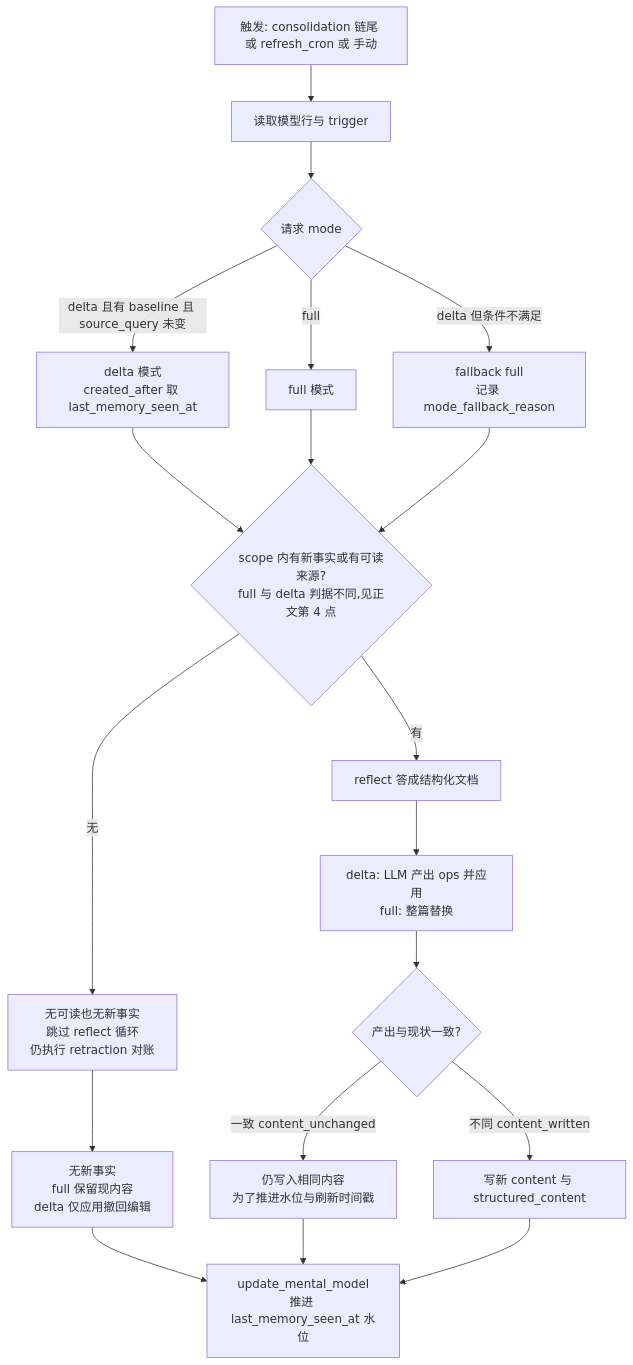
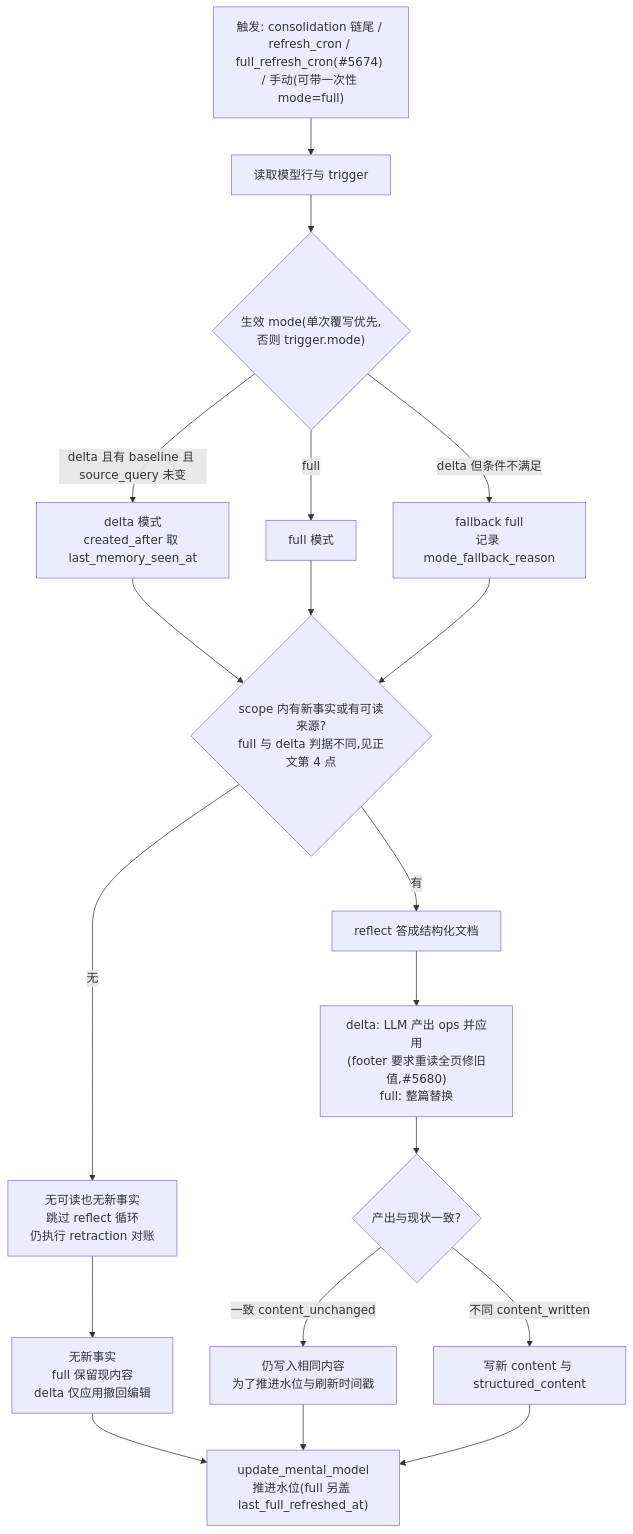
The third of 3 diagrams in docs/hindsight/source-study/04-reflect-与-consolidation.md (stefanv5/memory-platform-architecture), drawn with Mermaid before and after one commit. The commit also changed other lines of this file and 9 other files, not shown here.

````diff
--- a/docs/hindsight/source-study/04-reflect-与-consolidation.md
+++ b/docs/hindsight/source-study/04-reflect-与-consolidation.md
@@ -415,21 +434,21 @@
 ```mermaid
 flowchart TD
-    T0["触发: consolidation 链尾 或 refresh_cron 或 手动"] --> A["读取模型行与 trigger"]
-    A --> B{"请求 mode"}
+    T0["触发: consolidation 链尾 / refresh_cron / full_refresh_cron(#5674) / 手动(可带一次性 mode=full)"] --> A["读取模型行与 trigger"]
+    A --> B{"生效 mode(单次覆写优先,<br/>否则 trigger.mode)"}
     B -->|"delta 且有 baseline 且 source_query 未变"| D["delta 模式<br/>created_after 取 last_memory_seen_at"]
     B -->|"delta 但条件不满足"| FB["fallback full<br/>记录 mode_fallback_reason"]
     B -->|"full"| F["full 模式"]
     D --> E1{"scope 内有新事实或有可读来源?<br/>full 与 delta 判据不同,见正文第 4 点"}
     F --> E1
     FB --> E1
     E1 -->|"无"| SKIP["无可读也无新事实<br/>跳过 reflect 循环<br/>仍执行 retraction 对账"]
     E1 -->|"有"| RF["reflect 答成结构化文档"]
     SKIP --> PRE["无新事实<br/>full 保留现内容<br/>delta 仅应用撤回编辑"]
-    RF --> P["delta: LLM 产出 ops 并应用<br/>full: 整篇替换"]
+    RF --> P["delta: LLM 产出 ops 并应用<br/>(footer 要求重读全页修旧值,#5680)<br/>full: 整篇替换"]
     P --> S{"产出与现状一致?"}
     S -->|"一致 content_unchanged"| UC["仍写入相同内容<br/>为了推进水位与刷新时间戳"]
     S -->|"不同 content_written"| WR["写新 content 与 structured_content"]
-    PRE --> W2["update_mental_model<br/>推进 last_memory_seen_at 水位"]
+    PRE --> W2["update_mental_model<br/>推进水位(full 另盖 last_full_refreshed_at)"]
     UC --> W2
     WR --> W2
 ```
````
